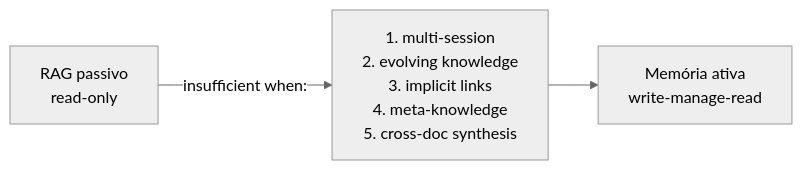
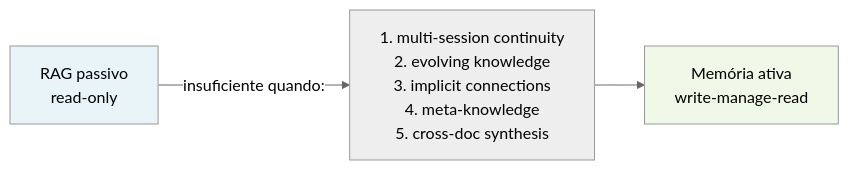
The first of 3 diagrams in 03-Dominios/Tecnologia/IA/Memória de Agentes/05 - Beyond RAG - quando RAG não basta.md (josenaldo/codex-technomanticus), drawn with Mermaid (neutral theme) before and after one commit. The commit also changed other lines of this file, not shown here.

Commit message:
feat(ia): enriquece nota 05 do galho Memória de Agentes — beyond RAG

````diff
--- a/03-Dominios/Tecnologia/IA/Memória de Agentes/05 - Beyond RAG - quando RAG não basta.md
+++ b/03-Dominios/Tecnologia/IA/Memória de Agentes/05 - Beyond RAG - quando RAG não basta.md
@@ -41,5 +53,7 @@
 ```mermaid
 graph LR
-    R[RAG passivo<br/>read-only] -->|insufficient when:| C5["1. multi-session<br/>2. evolving knowledge<br/>3. implicit links<br/>4. meta-knowledge<br/>5. cross-doc synthesis"]
+    R[RAG passivo<br/>read-only] -->|insuficiente quando:| C5["1. multi-session continuity<br/>2. evolving knowledge<br/>3. implicit connections<br/>4. meta-knowledge<br/>5. cross-doc synthesis"]
     C5 --> M[Memória ativa<br/>write-manage-read]
+    style R fill:#e8f4f8
+    style M fill:#f0f8e8
 ```
````
